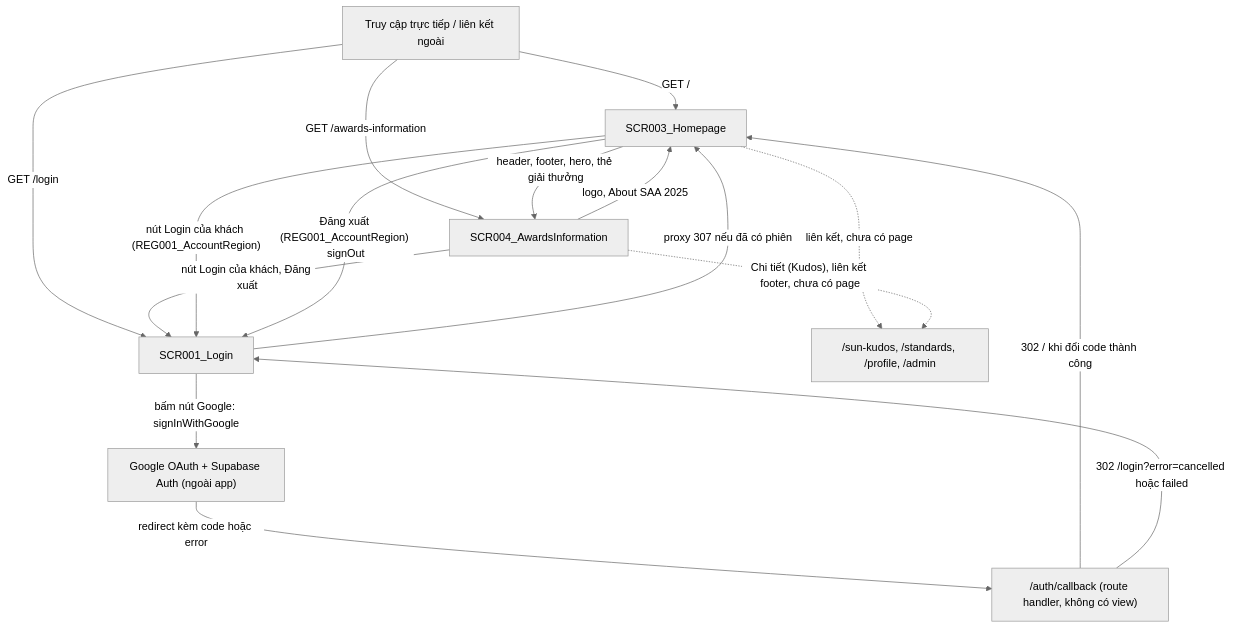
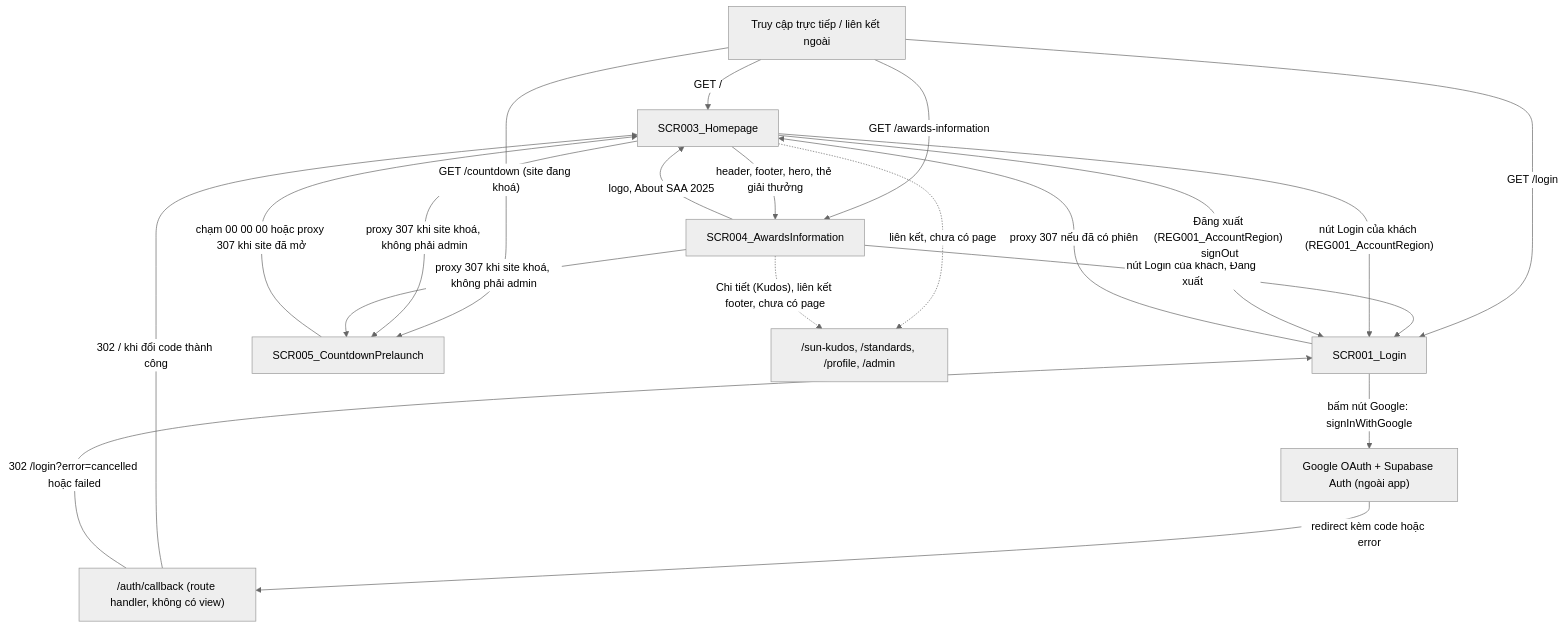
The first of 2 diagrams in docs/generated/screen-flow.md (lannp-3774/agentic-coding-hands-on), drawn with Mermaid (neutral theme) before and after one commit. The commit also changed other lines of this file and 21 other files, not shown here.

First line of the commit message:
docs(spec): add F005 countdown prelaunch spec and sync generated docs

````diff
--- a/docs/generated/screen-flow.md
+++ b/docs/generated/screen-flow.md
@@ -11,18 +11,22 @@
 ```mermaid
 graph TD
     A["Truy cập trực tiếp / liên kết ngoài"] -->|"GET /"| H["SCR003_Homepage"]
     A -->|"GET /login"| L["SCR001_Login"]
     A -->|"GET /awards-information"| W["SCR004_AwardsInformation"]
+    A -->|"GET /countdown (site đang khoá)"| CD["SCR005_CountdownPrelaunch"]
+    H -->|"proxy 307 khi site khoá, không phải admin"| CD
+    W -->|"proxy 307 khi site khoá, không phải admin"| CD
+    CD -->|"chạm 00 00 00 hoặc proxy 307 khi site đã mở"| H
     H -->|"header, footer, hero, thẻ giải thưởng"| W
     W -->|"logo, About SAA 2025"| H
     W -->|"nút Login của khách, Đăng xuất"| L
     L -->|"proxy 307 nếu đã có phiên"| H
     H -->|"nút Login của khách (REG001_AccountRegion)"| L
     H -->|"Đăng xuất (REG001_AccountRegion) signOut"| L
     L -->|"bấm nút Google: signInWithGoogle"| G["Google OAuth + Supabase Auth (ngoài app)"]
     G -->|"redirect kèm code hoặc error"| C["/auth/callback (route handler, không có view)"]
     C -->|"302 / khi đổi code thành công"| H
     C -->|"302 /login?error=cancelled hoặc failed"| L
     H -.->|"liên kết, chưa có page"| U["/sun-kudos, /standards, /profile, /admin"]
     W -.->|"Chi tiết (Kudos), liên kết footer, chưa có page"| U
 ```
````
